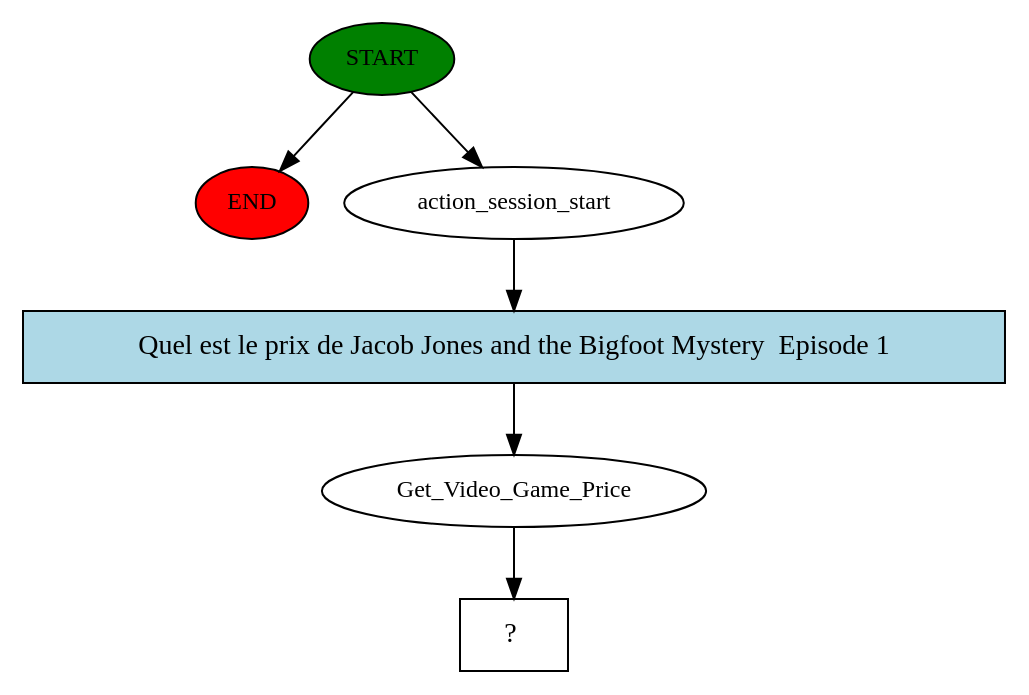
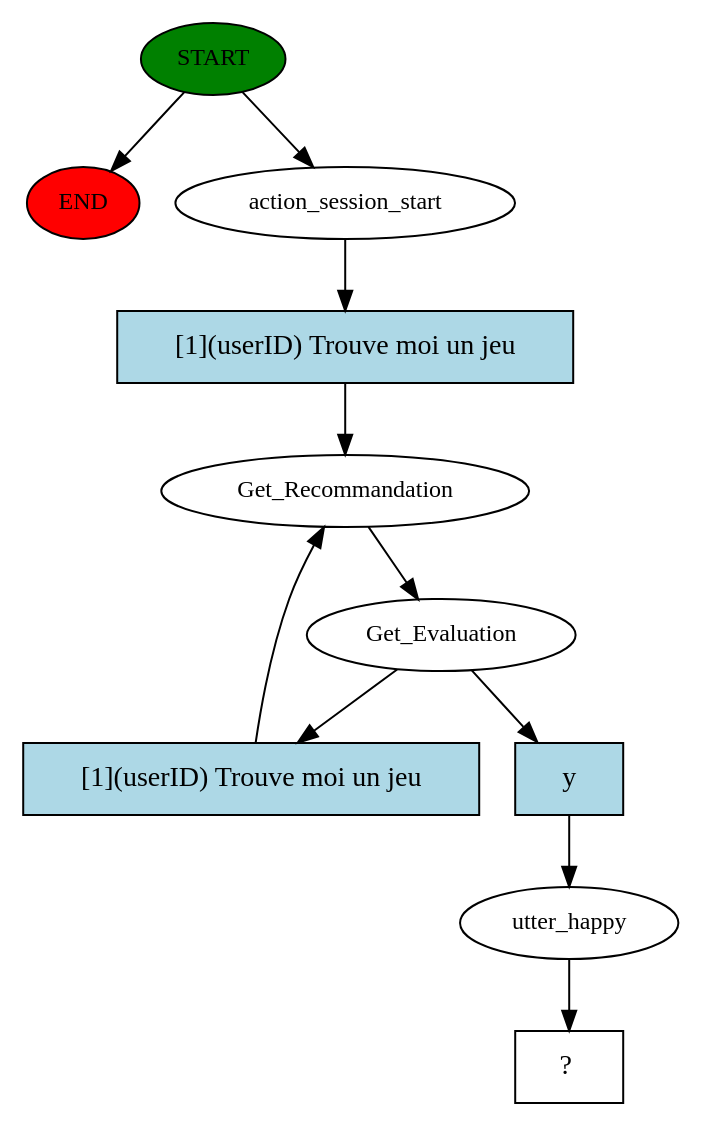
Before and after one commit to cousincecile/ihm_pa: the diagram in OnlyFeed/nlp/rasa_projetc/story_graph.dot, drawn with Graphviz. The commit also changed 11 other files, not shown here.

```diff
--- a/OnlyFeed/nlp/rasa_projetc/story_graph.dot
+++ b/OnlyFeed/nlp/rasa_projetc/story_graph.dot
@@ -1,13 +1,22 @@
 digraph  {
 0 [class="start active", fillcolor=green, fontsize=12, label=START, style=filled];
 "-1" [class=end, fillcolor=red, fontsize=12, label=END, style=filled];
 1 [class=active, fontsize=12, label=action_session_start];
-2 [class=active, fontsize=12, label=Get_Video_Game_Price];
-3 [class="intent dashed active", label="  ?  ", shape=rect];
-4 [class="intent active", fillcolor=lightblue, label="Quel est le prix de Jacob Jones and the Bigfoot Mystery  Episode 1", shape=rect, style=filled];
+2 [class=active, fontsize=12, label=Get_Recommandation];
+3 [class=active, fontsize=12, label=Get_Evaluation];
+6 [class=active, fontsize=12, label=utter_happy];
+7 [class="intent dashed active", label="  ?  ", shape=rect];
+8 [class="intent active", fillcolor=lightblue, label="[1](userID) Trouve moi un jeu", shape=rect, style=filled];
+9 [class="intent active", fillcolor=lightblue, label="[1](userID) Trouve moi un jeu", shape=rect, style=filled];
+10 [class="intent active", fillcolor=lightblue, label=y, shape=rect, style=filled];
 0 -> "-1"  [class="", key=NONE, label=""];
 0 -> 1  [class=active, key=NONE, label=""];
-1 -> 4  [class=active, key=0];
+1 -> 8  [class=active, key=0];
 2 -> 3  [class=active, key=NONE, label=""];
-4 -> 2  [class=active, key=0];
+3 -> 9  [class=active, key=0];
+3 -> 10  [class=active, key=0];
+6 -> 7  [class=active, key=NONE, label=""];
+8 -> 2  [class=active, key=0];
+9 -> 2  [class=active, key=0];
+10 -> 6  [class=active, key=0];
 }
```
